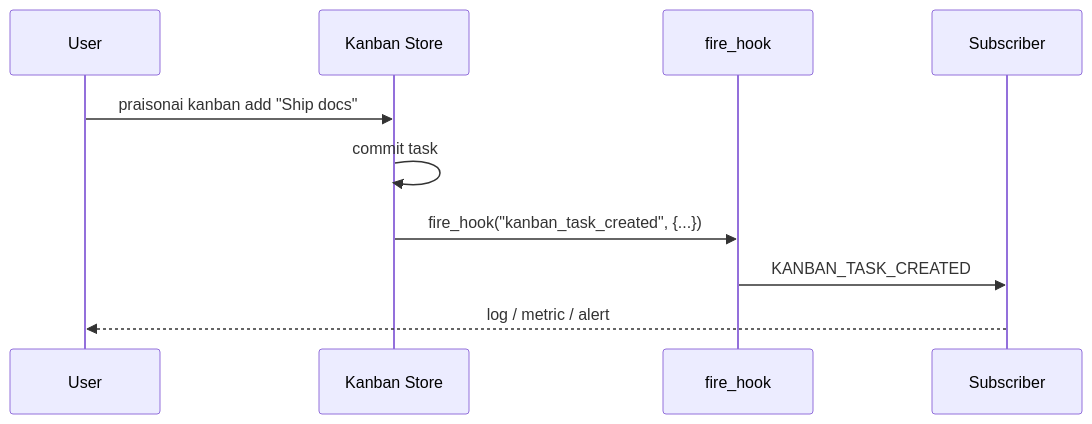
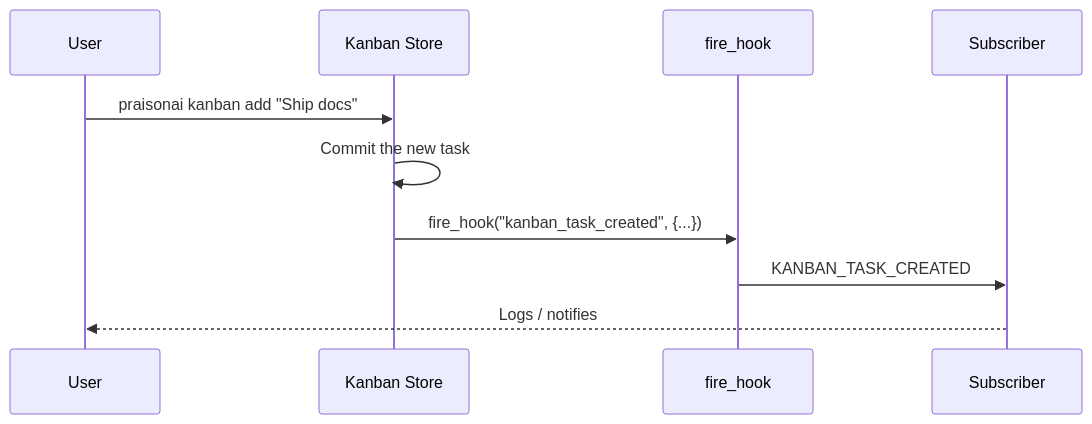
One commit to MervinPraison/PraisonAIDocs changed the second of 2 diagrams in docs/features/fire-hook.mdx. Above: the diagram before and after it, drawn with Mermaid. The commit also changed other lines of this file and 5 other files, not shown here.

````diff
--- a/docs/features/fire-hook.mdx
+++ b/docs/features/fire-hook.mdx
@@ -94,13 +90,13 @@
 ```mermaid
 sequenceDiagram
     participant User
     participant Store as Kanban Store
     participant Fire as fire_hook
     participant Plugin as Subscriber
 
     User->>Store: praisonai kanban add "Ship docs"
-    Store->>Store: commit task
+    Store->>Store: Commit the new task
     Store->>Fire: fire_hook("kanban_task_created", {...})
     Fire->>Plugin: KANBAN_TASK_CREATED
-    Plugin-->>User: log / metric / alert
+    Plugin-->>User: Logs / notifies
 ```
````
